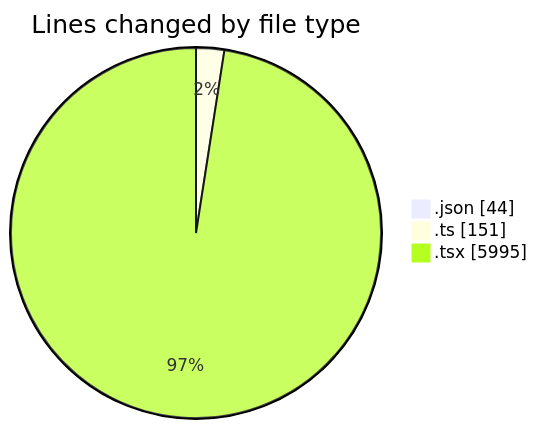
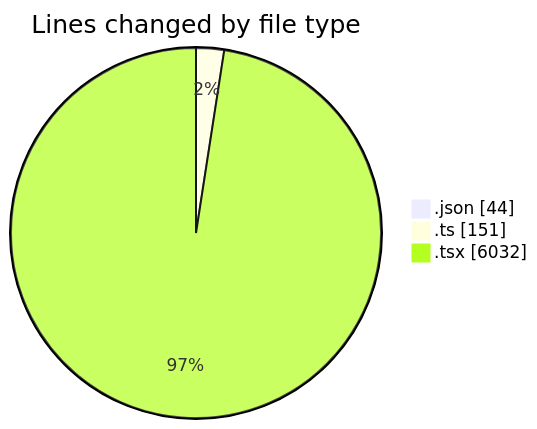
Before and after one commit to julien-gomy/code-tracking: the first of 2 diagrams in 2025-10-24/eventscop-frontend-guide__workspace_/README.md, drawn with Mermaid. The commit also changed other lines of this file and 1 other file, not shown here.

````diff
--- a/2025-10-24/eventscop-frontend-guide__workspace_/README.md
+++ b/2025-10-24/eventscop-frontend-guide__workspace_/README.md
@@ -39,7 +40,7 @@
 ```mermaid
 pie showData
 title Lines changed by file type
 ".json" : 44
 ".ts" : 151
-".tsx" : 5995
+".tsx" : 6032
 ```
````
